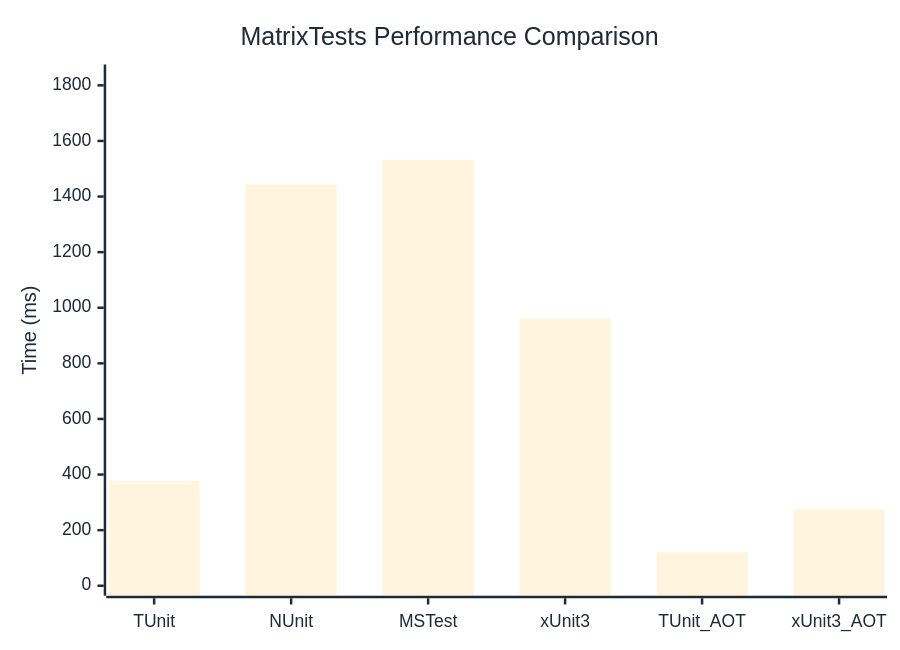
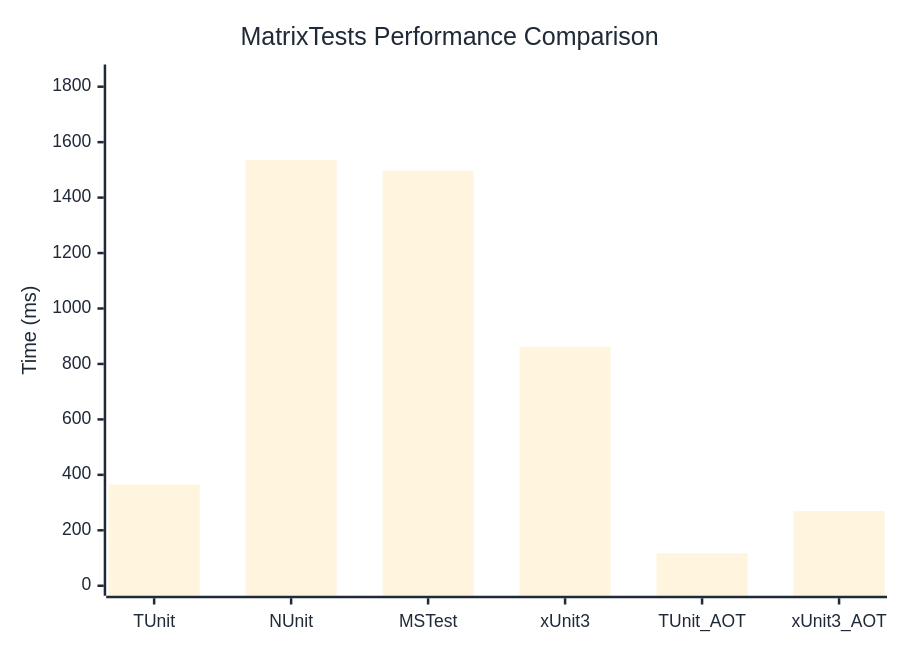
Before and after one commit to thomhurst/TUnit: the diagram in docs/docs/benchmarks/engine/MatrixTests.md, drawn with Mermaid. The commit also changed other lines of this file and 18 other files, not shown here.

````diff
--- a/docs/docs/benchmarks/engine/MatrixTests.md
+++ b/docs/docs/benchmarks/engine/MatrixTests.md
@@ -30,37 +30,37 @@
 ```mermaid
 %%{init: {
   'theme':'base',
   'themeVariables': {
     'primaryColor': '#2563eb',
     'primaryTextColor': '#1f2937',
     'primaryBorderColor': '#1e40af',
     'lineColor': '#6b7280',
     'secondaryColor': '#7c3aed',
     'tertiaryColor': '#dc2626',
     'background': '#ffffff',
     'mainBkg': '#2563eb',
     'secondBkg': '#7c3aed',
     'tertiaryBkg': '#dc2626',
     'clusterBkg': '#f3f4f6',
     'edgeLabelBackground': '#ffffff',
     'tertiaryTextColor': '#1f2937',
     'pie1': '#2563eb',
     'pie2': '#7c3aed',
     'pie3': '#dc2626',
     'pie4': '#f59e0b',
     'pie5': '#10b981',
     'pie6': '#06b6d4',
     'pie7': '#ec4899',
     'pie8': '#6366f1',
     'pie9': '#84cc16',
     'pie10': '#f97316',
     'pie11': '#14b8a6',
     'pie12': '#a855f7'
   }
 }}%%
 xychart-beta
   title "MatrixTests Performance Comparison"
   x-axis ["TUnit", "NUnit", "MSTest", "xUnit3", "TUnit_AOT", "xUnit3_AOT"]
-  y-axis "Time (ms)" 0 --> 1839
-  bar [377.3, 1443.4, 1532.2, 960.5, 120.4, 275]
+  y-axis "Time (ms)" 0 --> 1844
+  bar [364.9, 1536.5, 1497.2, 861.9, 117.1, 269.2]
 ```
````
